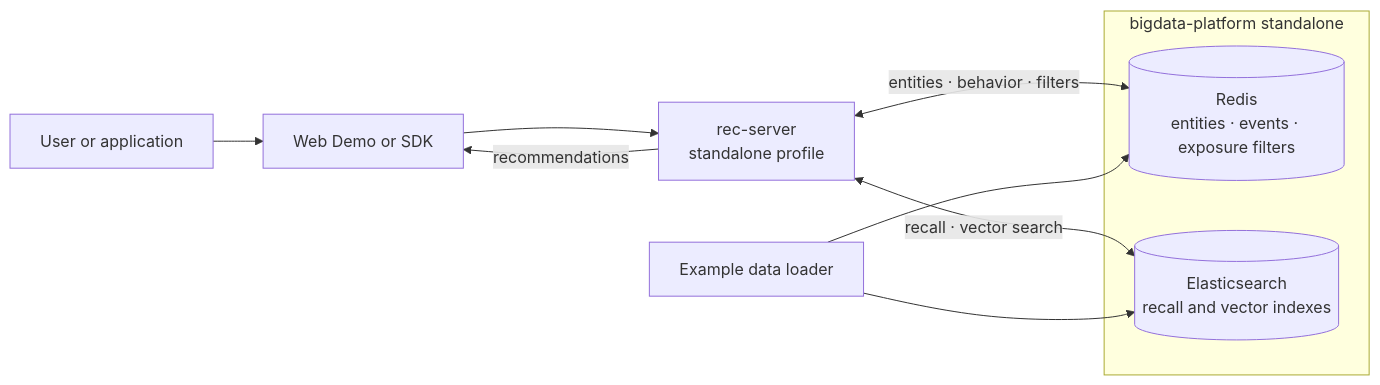
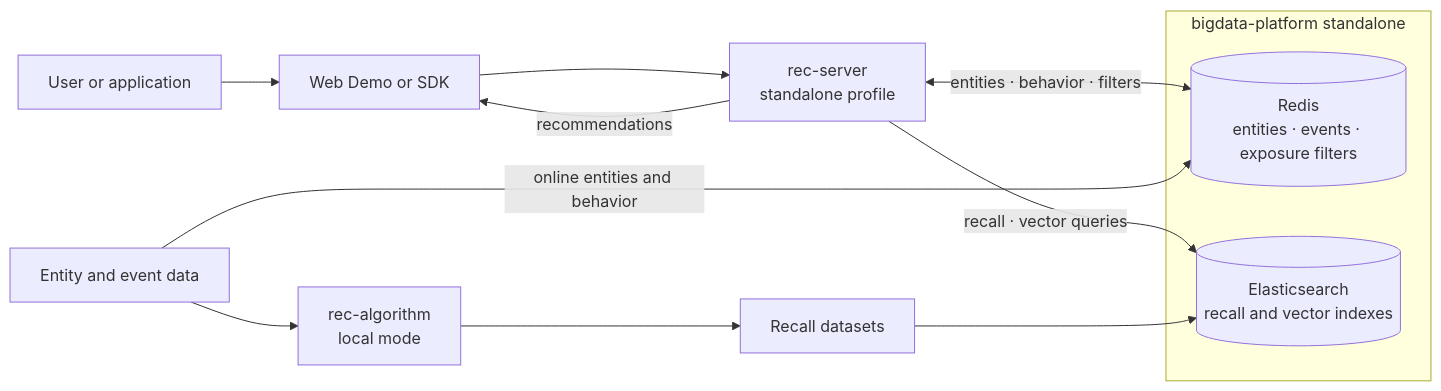
One commit to open-rec/.github changed the first of 3 diagrams in profile/README.md. Above: the diagram before and after it, drawn with Mermaid. The commit also changed other lines of this file, not shown here.

Commit message:
opt flow chart

````diff
--- a/profile/README.md
+++ b/profile/README.md
@@ -26,17 +26,19 @@
 ```mermaid
 flowchart LR
     User[User or application] --> Web[Web Demo or SDK]
     Web --> API[rec-server<br/>standalone profile]
 
     subgraph Storage[bigdata-platform standalone]
         Redis[(Redis<br/>entities · events · exposure filters)]
         ES[(Elasticsearch<br/>recall and vector indexes)]
     end
 
     API <-->|entities · behavior · filters| Redis
-    API <-->|recall · vector search| ES
+    API -->|recall · vector queries| ES
     API -->|recommendations| Web
 
-    Loader[Example data loader] --> Redis
-    Loader --> ES
+    Source[Entity and event data] --> Algorithm[rec-algorithm<br/>local mode]
+    Source -->|online entities and behavior| Redis
+    Algorithm --> Dataset[Recall datasets]
+    Dataset --> ES
 ```
````
